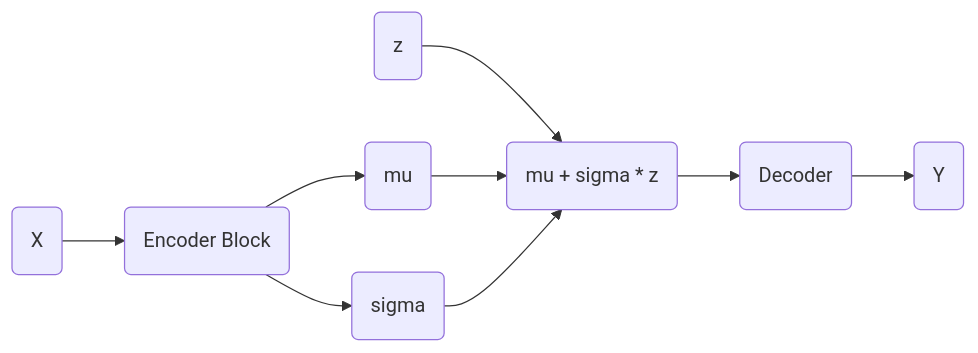
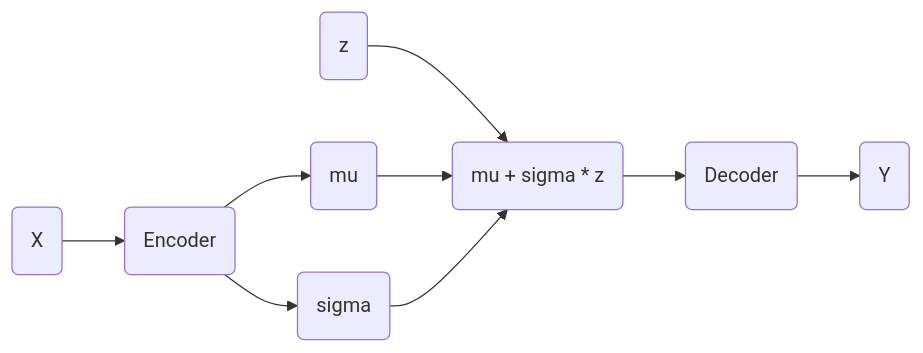
The diagram in ArtificialIntelligence/DeepLearning/autoencoders.md (rhiga2/notes), drawn with Mermaid before and after one commit. The commit also changed 6 other files, not shown here.

````diff
--- a/ArtificialIntelligence/DeepLearning/autoencoders.md
+++ b/ArtificialIntelligence/DeepLearning/autoencoders.md
@@ -62,11 +62,11 @@
-    ```mermaid
-    flowchart LR
-        A(X) --> B(Encoder Block)
-        B --> C(mu)
-        B --> D(sigma)
-        F(z) --> E 
-        C --> E(mu + sigma * z)
-        D --> E
-        E --> G(Decoder)
-        G --> H(Y)
-    ```
+```mermaid
+flowchart LR
+    A(X) --> B(Encoder)
+    B --> C(mu)
+    B --> D(sigma)
+    F(z) --> E 
+    C --> E(mu + sigma * z)
+    D --> E
+    E --> G(Decoder)
+    G --> H(Y)
+```
````
